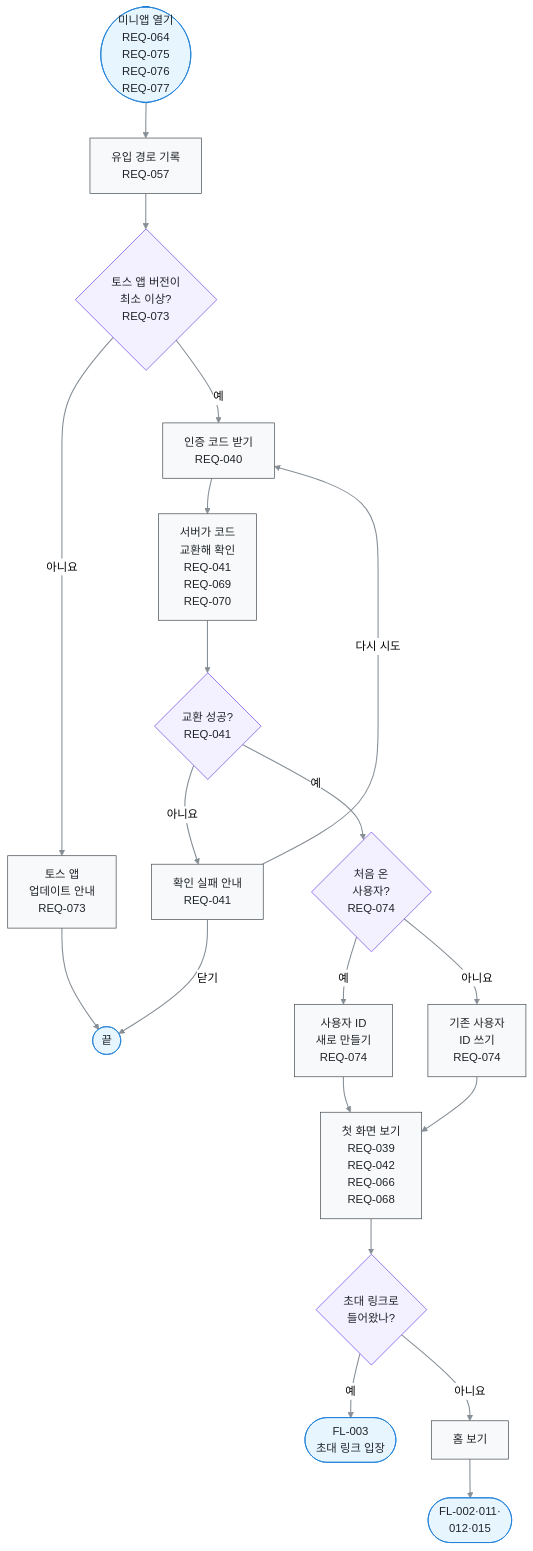
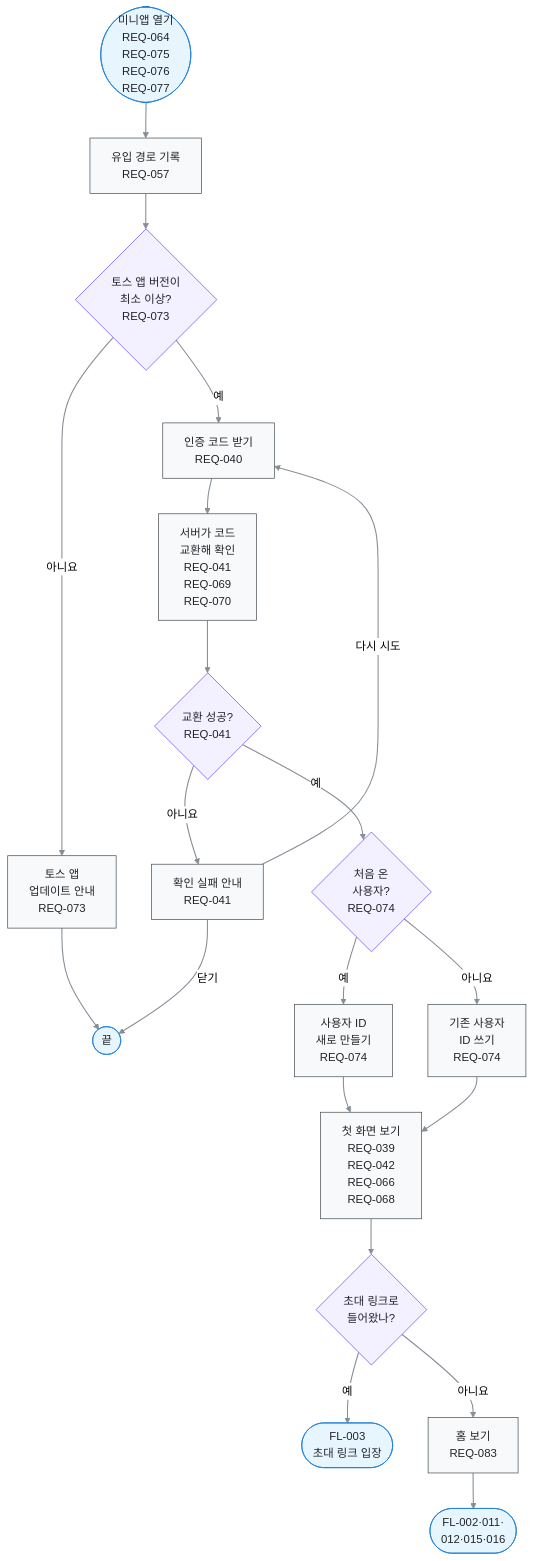
The diagram in docs/03-user-flow/FL-001-entry-identify.md (kodonghui/moim-card), drawn with Mermaid (neutral theme) before and after one commit. The commit also changed other lines of this file and 12 other files, not shown here.

````diff
--- a/docs/03-user-flow/FL-001-entry-identify.md
+++ b/docs/03-user-flow/FL-001-entry-identify.md
@@ -9,53 +9,53 @@
 ```mermaid
 ---
 config:
   flowchart:
     wrappingWidth: 240
 ---
 flowchart TD
   A(["미니앱 열기<br/>REQ-064<br/>REQ-075<br/>REQ-076<br/>REQ-077"])
   B["유입 경로 기록<br/>REQ-057"]
   C{"토스 앱 버전이<br/>최소 이상?<br/>REQ-073"}
   U["토스 앱<br/>업데이트 안내<br/>REQ-073"]
   D1["인증 코드 받기<br/>REQ-040"]
   E["서버가 코드<br/>교환해 확인<br/>REQ-041<br/>REQ-069<br/>REQ-070"]
   G{"교환 성공?<br/>REQ-041"}
   R["확인 실패 안내<br/>REQ-041"]
   H{"처음 온<br/>사용자?<br/>REQ-074"}
   I["사용자 ID<br/>새로 만들기<br/>REQ-074"]
   J["기존 사용자<br/>ID 쓰기<br/>REQ-074"]
   L["첫 화면 보기<br/>REQ-039<br/>REQ-042<br/>REQ-066<br/>REQ-068"]
   M{"초대 링크로<br/>들어왔나?"}
   X1(["FL-003<br/>초대 링크 입장"])
-  N["홈 보기"]
-  X2(["FL-002·011·<br/>012·015"])
+  N["홈 보기<br/>REQ-083"]
+  X2(["FL-002·011·<br/>012·015·016"])
   Z(["끝"])
   A e1@--> B
   B e2@--> C
   C e3@-->|아니요| U
   U e4@--> Z
   C e5@-->|예| D1
   D1 e6@--> E
   E e7@--> G
   G e8@-->|아니요| R
   R e9@-->|다시 시도| D1
   R e10@-->|닫기| Z
   G e11@-->|예| H
   H e12@-->|예| I
   H e13@-->|아니요| J
   I e14@--> L
   J e15@--> L
   L e16@--> M
   M e17@-->|예| X1
   M e18@-->|아니요| N
   N e19@--> X2
   %% legend: below
   classDef term fill:#e7f5ff,stroke:#1c7ed6,color:#212529
   classDef proc fill:#f8f9fa,stroke:#495057,color:#212529
   classDef decide fill:#f3f0ff,stroke:#7048e8,color:#212529
   classDef pass stroke:#868e96,stroke-width:1.5px
   class A,X1,X2,Z term
   class B,U,D1,E,R,I,J,L,N proc
   class C,G,H,M decide
   class e1,e2,e3,e4,e5,e6,e7,e8,e9,e10,e11,e12,e13,e14,e15,e16,e17,e18,e19 pass
 ```
````
